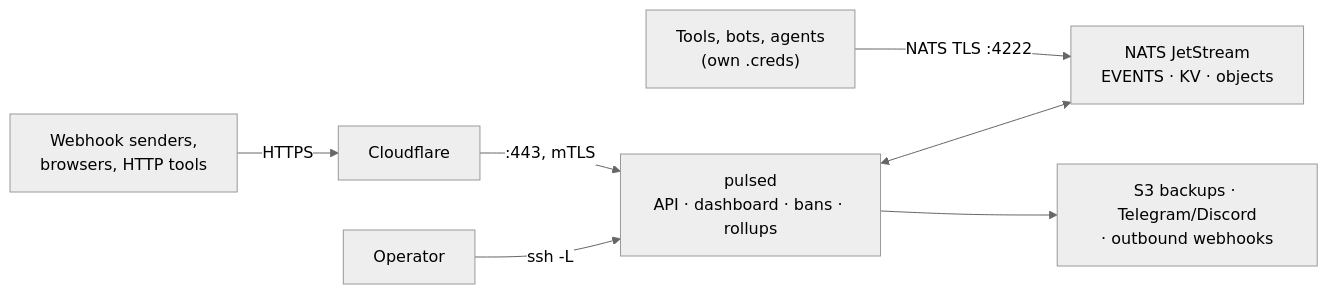
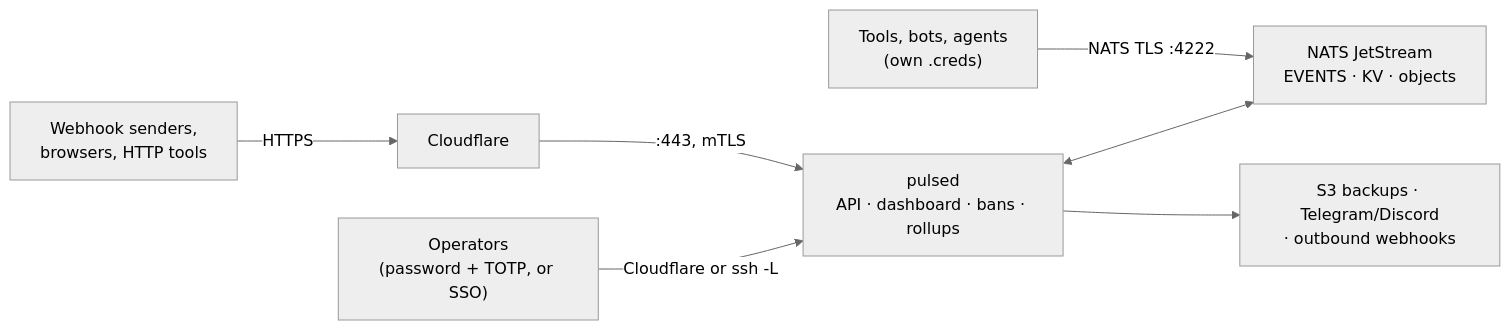
Before and after one commit to aurimasniekis/go-pulse: the diagram in README.md, drawn with Mermaid (neutral theme). The commit also changed other lines of this file and 55 other files, not shown here.

````diff
--- a/README.md
+++ b/README.md
@@ -43,8 +37,8 @@
 ```mermaid
 flowchart LR
     T["Tools, bots, agents<br/>(own .creds)"] -- "NATS TLS :4222" --> N["NATS JetStream<br/>EVENTS · KV · objects"]
     W["Webhook senders,<br/>browsers, HTTP tools"] -- "HTTPS" --> C["Cloudflare"] -- ":443, mTLS" --> P["pulsed<br/>API · dashboard · bans · rollups"]
     P <--> N
-    O["Operator"] -- "ssh -L" --> P
+    O["Operators<br/>(password + TOTP, or SSO)"] -- "Cloudflare or ssh -L" --> P
     P --> X["S3 backups · Telegram/Discord<br/>· outbound webhooks"]
 ```
````
